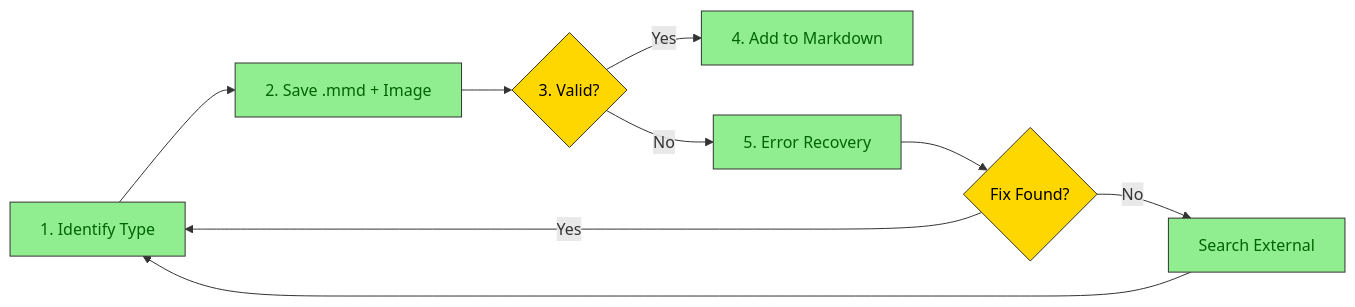
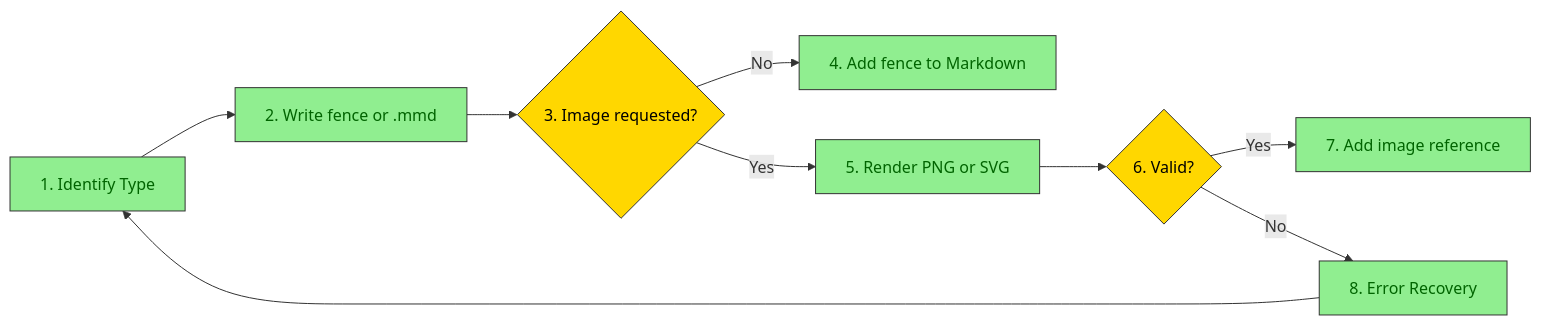
Before and after one commit to wuhonglei/chat-agent: the second of 6 diagrams in backend/skills/public/design-doc-mermaid/SKILL.md, drawn with Mermaid. The commit also changed other lines of this file and 1 other file, not shown here.

Commit message:
feat: 更新 Mermaid 文档，调整图表生成和导出逻辑，仅在请求时生成 PNG/SVG

````diff
--- a/backend/skills/public/design-doc-mermaid/SKILL.md
+++ b/backend/skills/public/design-doc-mermaid/SKILL.md
@@ -168,16 +174,16 @@
 ```mermaid
 flowchart LR
-    A[1. Identify Type] --> B[2. Save .mmd + Image]
-    B --> C{3. Valid?}
-    C -->|Yes| D[4. Add to Markdown]
-    C -->|No| E[5. Error Recovery]
-    E --> F{Fix Found?}
-    F -->|Yes| A
-    F -->|No| G[Search External]
-    G --> A
+    A[1. Identify Type] --> B[2. Write fence or .mmd]
+    B --> C{3. Image requested?}
+    C -->|No| D[4. Add fence to Markdown]
+    C -->|Yes| E[5. Render PNG or SVG]
+    E --> F{6. Valid?}
+    F -->|Yes| G[7. Add image reference]
+    F -->|No| H[8. Error Recovery]
+    H --> A
 
     classDef step fill:#90EE90,stroke:#333,color:darkgreen
     classDef decision fill:#FFD700,stroke:#333,color:black
-    class A,B,D,E,G step
+    class A,B,D,E,G,H step
     class C,F decision
 ```
````
